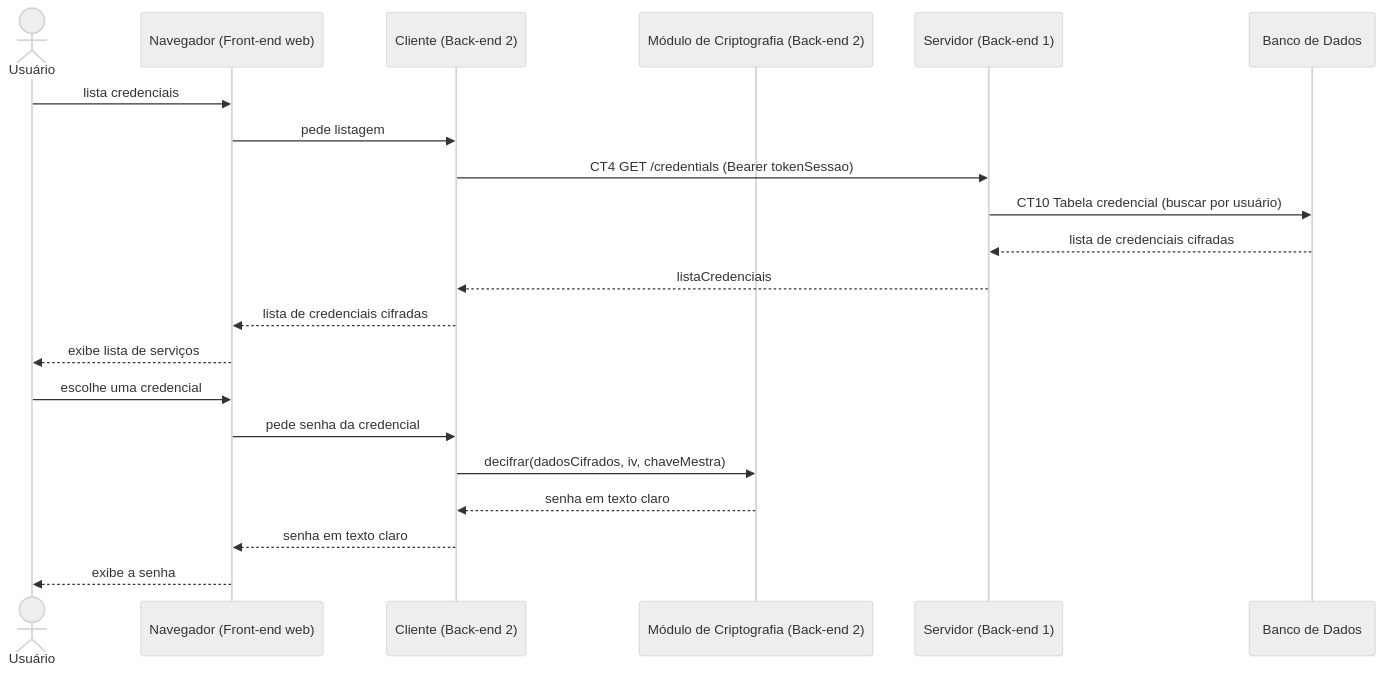
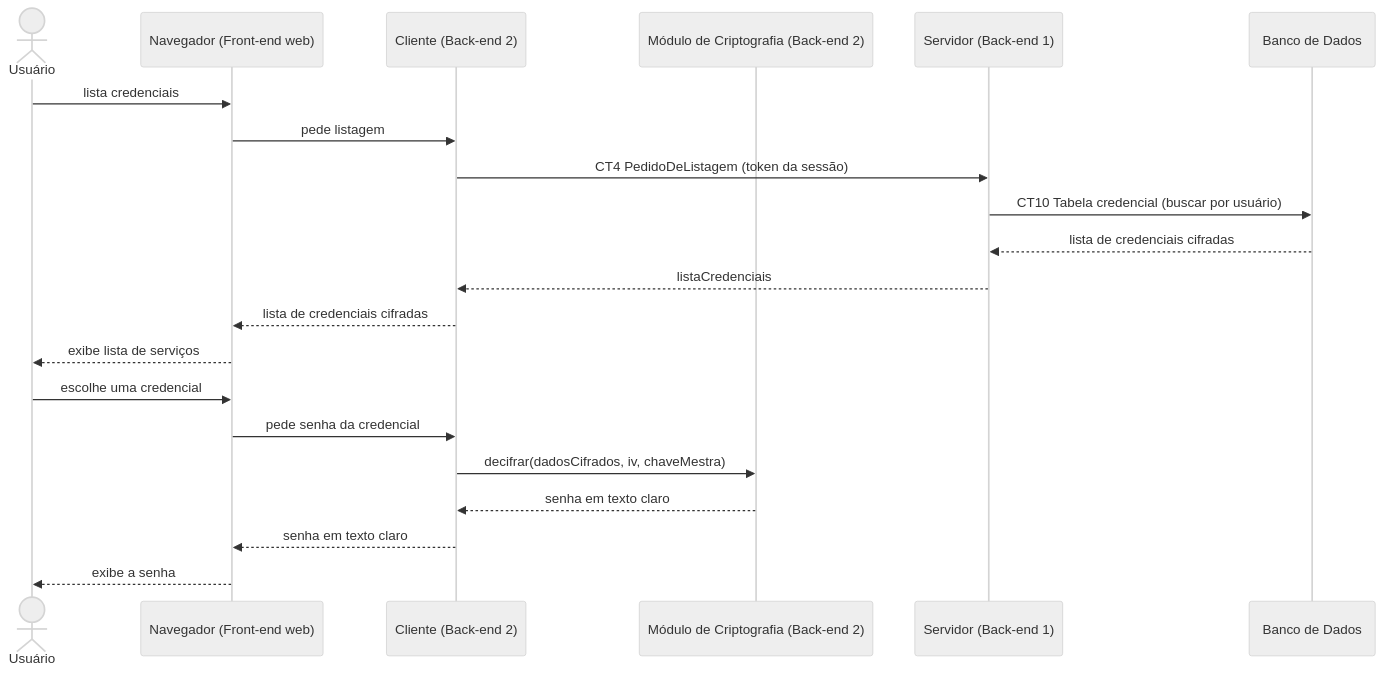
One commit to egili/pi4-0101-g6-frontend changed the diagram in docs/fluxos/E5-consulta-credencial.md. Above: the diagram before and after it, drawn with Mermaid (neutral theme). The commit also changed other lines of this file and 8 other files, not shown here.

````diff
--- a/docs/fluxos/E5-consulta-credencial.md
+++ b/docs/fluxos/E5-consulta-credencial.md
@@ -18,24 +18,24 @@
 ```mermaid
 sequenceDiagram
     actor U as Usuário
     participant N as Navegador (Front-end web)
     participant C as Cliente (Back-end 2)
     participant CM as Módulo de Criptografia (Back-end 2)
     participant S as Servidor (Back-end 1)
     participant DB as Banco de Dados
 
     U->>N: lista credenciais
     N->>C: pede listagem
-    C->>S: CT4 GET /credentials (Bearer tokenSessao)
+    C->>S: CT4 PedidoDeListagem (token da sessão)
     S->>DB: CT10 Tabela credencial (buscar por usuário)
     DB-->>S: lista de credenciais cifradas
     S-->>C: listaCredenciais
     C-->>N: lista de credenciais cifradas
     N-->>U: exibe lista de serviços
     U->>N: escolhe uma credencial
     N->>C: pede senha da credencial
     C->>CM: decifrar(dadosCifrados, iv, chaveMestra)
     CM-->>C: senha em texto claro
     C-->>N: senha em texto claro
     N-->>U: exibe a senha
 ```
````
